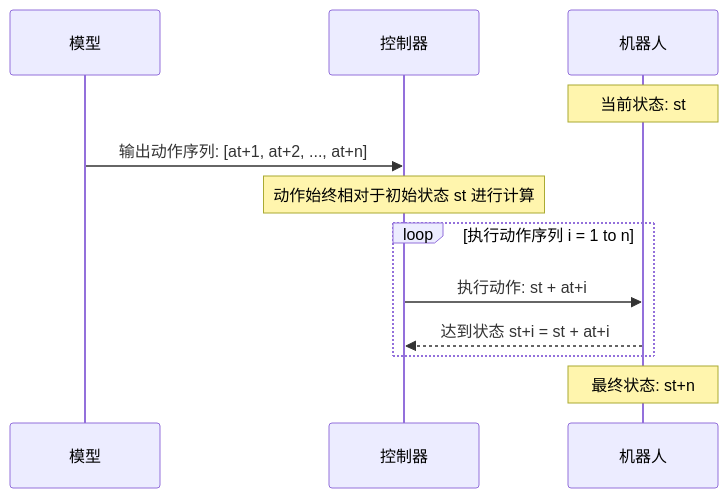
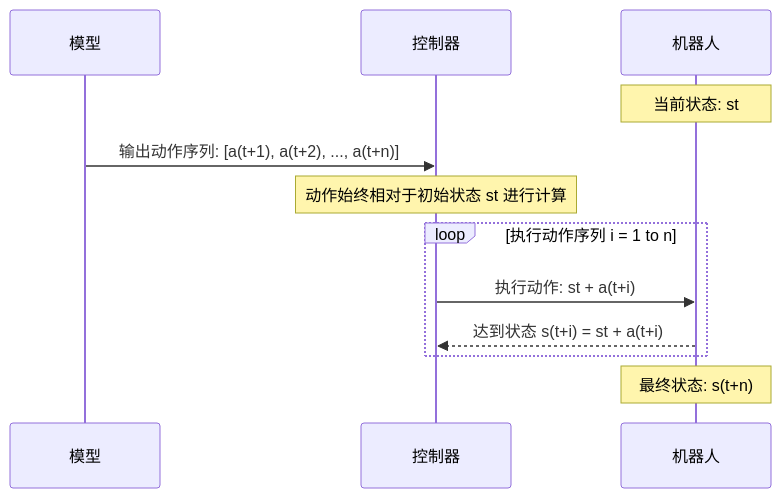
Before and after one commit to FlagOpen/RoboCOIN: the fifth of 5 diagrams in README_zh-CN.md, drawn with Mermaid.

Commit message:
Fix action sequence notation in README_zh-CN.md

````diff
--- a/README_zh-CN.md
+++ b/README_zh-CN.md
@@ -479,19 +479,19 @@
 ```mermaid
 sequenceDiagram
     participant Model as 模型
     participant Controller as 控制器
     participant Robot as 机器人
     
     Note over Robot: 当前状态: st
     
-    Model->>Controller: 输出动作序列: [at+1, at+2, ..., at+n]
+    Model->>Controller: 输出动作序列: [a(t+1), a(t+2), ..., a(t+n)]
     
     Note over Controller: 动作始终相对于初始状态 st 进行计算
 
     loop 执行动作序列 i = 1 to n
-        Controller->>Robot: 执行动作: st + at+i
-        Robot-->>Controller: 达到状态 st+i = st + at+i
+        Controller->>Robot: 执行动作: st + a(t+i)
+        Robot-->>Controller: 达到状态 s(t+i) = st + a(t+i)
     end
     
-    Note over Robot: 最终状态: st+n
+    Note over Robot: 最终状态: s(t+n)
 ```
````
